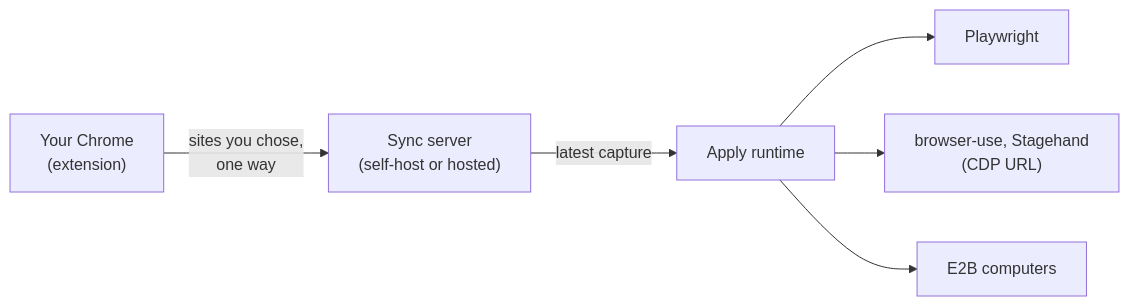
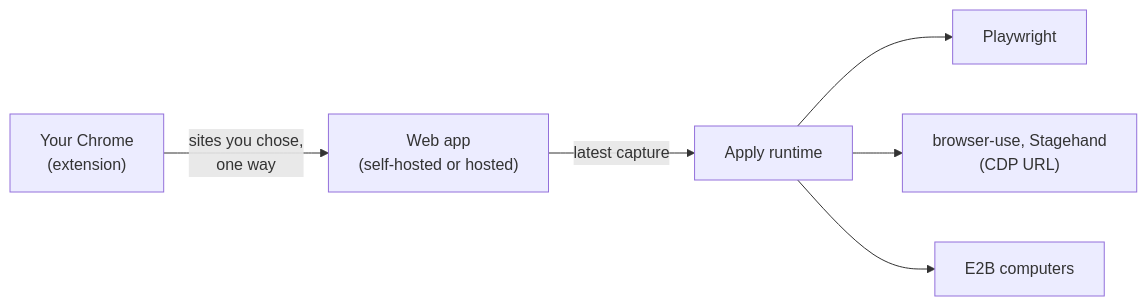
Before and after one commit to agent-computers/clutchbox: the diagram in README.md, drawn with Mermaid. The commit also changed other lines of this file and 25 other files, not shown here.

First line of the commit message:
Self-host with Docker Compose on the published computer template; remove the minimal sync server

````diff
--- a/README.md
+++ b/README.md
@@ -41,8 +41,8 @@
 ```mermaid
 flowchart LR
-  A["Your Chrome<br/>(extension)"] -- "sites you chose,<br/>one way" --> B["Sync server<br/>(self-host or hosted)"]
+  A["Your Chrome<br/>(extension)"] -- "sites you chose,<br/>one way" --> B["Web app<br/>(self-hosted or hosted)"]
   B -- "latest capture" --> C["Apply runtime"]
   C --> D["Playwright"]
   C --> E["browser-use, Stagehand<br/>(CDP URL)"]
   C --> F["E2B computers"]
 ```
````
